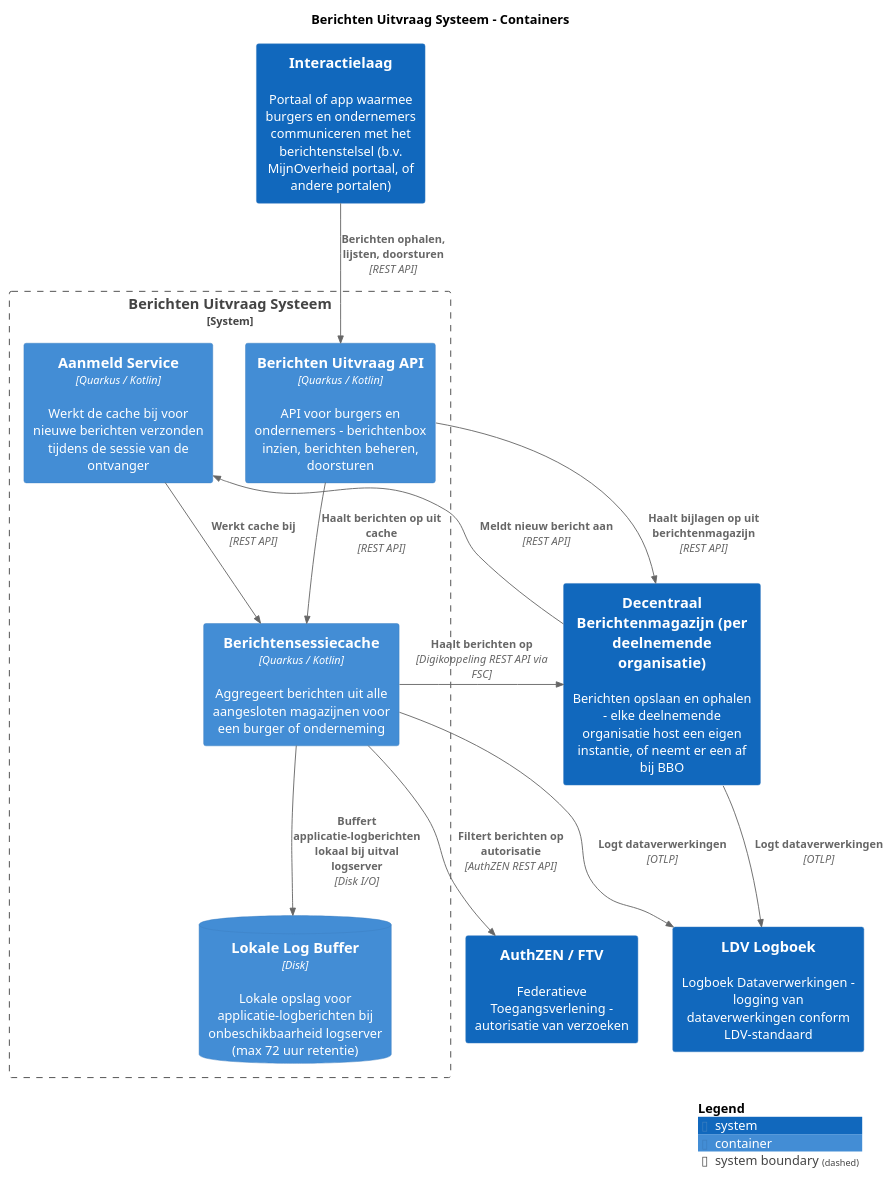
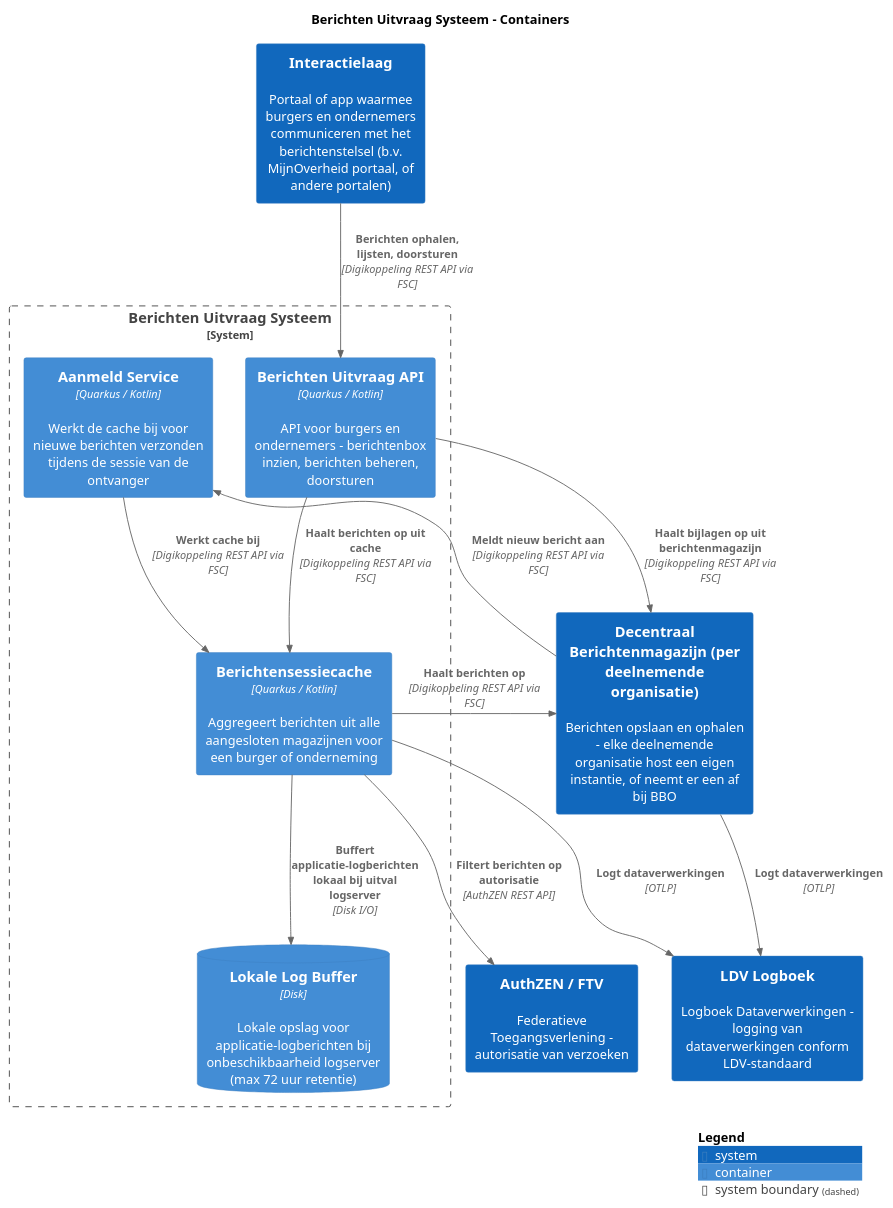
The diagram in pr-preview/pr-16/master/puml/BerichtenUitvraagSysteemContainers.puml (MinBZK/moza-poc-fbs-berichtenbox), drawn with PlantUML before and after one commit. The commit also changed 48 other files, not shown here.

```diff
--- a/pr-preview/pr-16/master/puml/BerichtenUitvraagSysteemContainers.puml
+++ b/pr-preview/pr-16/master/puml/BerichtenUitvraagSysteemContainers.puml
@@ -1,35 +1,35 @@
 @startuml
 set separator none
 title Berichten Uitvraag Systeem - Containers
 
 top to bottom direction
 
 !include <C4/C4>
 !include <C4/C4_Context>
 !include <C4/C4_Container>
 
 System(AuthZENFTV, "AuthZEN / FTV", $descr="Federatieve Toegangsverlening - autorisatie van verzoeken", $tags="", $link="")
 System(Interactielaag, "Interactielaag", $descr="Portaal of app waarmee burgers en ondernemers communiceren met het berichtenstelsel (b.v. MijnOverheid portaal, of andere portalen)", $tags="", $link="")
 System(DecentraalBerichtenmagazijnperdeelnemendeorganisatie, "Decentraal Berichtenmagazijn (per deelnemende organisatie)", $descr="Berichten opslaan en ophalen - elke deelnemende organisatie host een eigen instantie, of neemt er een af bij BBO", $tags="", $link="")
 System(LDVLogboek, "LDV Logboek", $descr="Logboek Dataverwerkingen - logging van dataverwerkingen conform LDV-standaard", $tags="", $link="")
 
 System_Boundary("BerichtenUitvraagSysteem_boundary", "Berichten Uitvraag Systeem", $tags="") {
   ContainerDb(BerichtenUitvraagSysteem.LokaleLogBuffer, "Lokale Log Buffer", $techn="Disk", $descr="Lokale opslag voor applicatie-logberichten bij onbeschikbaarheid logserver (max 72 uur retentie)", $tags="", $link="")
   Container(BerichtenUitvraagSysteem.Berichtensessiecache, "Berichtensessiecache", $techn="Quarkus / Kotlin", $descr="Aggregeert berichten uit alle aangesloten magazijnen voor een burger of onderneming", $tags="", $link="")
   Container(BerichtenUitvraagSysteem.BerichtenUitvraagAPI, "Berichten Uitvraag API", $techn="Quarkus / Kotlin", $descr="API voor burgers en ondernemers - berichtenbox inzien, berichten beheren, doorsturen", $tags="", $link="")
   Container(BerichtenUitvraagSysteem.AanmeldService, "Aanmeld Service", $techn="Quarkus / Kotlin", $descr="Werkt de cache bij voor nieuwe berichten verzonden tijdens de sessie van de ontvanger", $tags="", $link="")
 }
 
 Rel(BerichtenUitvraagSysteem.Berichtensessiecache, AuthZENFTV, "Filtert berichten op autorisatie", $techn="AuthZEN REST API", $tags="", $link="")
 Rel(BerichtenUitvraagSysteem.Berichtensessiecache, DecentraalBerichtenmagazijnperdeelnemendeorganisatie, "Haalt berichten op", $techn="Digikoppeling REST API via FSC", $tags="", $link="")
 Rel(DecentraalBerichtenmagazijnperdeelnemendeorganisatie, LDVLogboek, "Logt dataverwerkingen", $techn="OTLP", $tags="", $link="")
 Rel(BerichtenUitvraagSysteem.Berichtensessiecache, LDVLogboek, "Logt dataverwerkingen", $techn="OTLP", $tags="", $link="")
-Rel(BerichtenUitvraagSysteem.AanmeldService, BerichtenUitvraagSysteem.Berichtensessiecache, "Werkt cache bij", $techn="REST API", $tags="", $link="")
-Rel(BerichtenUitvraagSysteem.BerichtenUitvraagAPI, BerichtenUitvraagSysteem.Berichtensessiecache, "Haalt berichten op uit cache", $techn="REST API", $tags="", $link="")
+Rel(BerichtenUitvraagSysteem.AanmeldService, BerichtenUitvraagSysteem.Berichtensessiecache, "Werkt cache bij", $techn="Digikoppeling REST API via FSC", $tags="", $link="")
+Rel(BerichtenUitvraagSysteem.BerichtenUitvraagAPI, BerichtenUitvraagSysteem.Berichtensessiecache, "Haalt berichten op uit cache", $techn="Digikoppeling REST API via FSC", $tags="", $link="")
 Rel(BerichtenUitvraagSysteem.Berichtensessiecache, BerichtenUitvraagSysteem.LokaleLogBuffer, "Buffert applicatie-logberichten lokaal bij uitval logserver", $techn="Disk I/O", $tags="", $link="")
-Rel(Interactielaag, BerichtenUitvraagSysteem.BerichtenUitvraagAPI, "Berichten ophalen, lijsten, doorsturen", $techn="REST API", $tags="", $link="")
-Rel(BerichtenUitvraagSysteem.BerichtenUitvraagAPI, DecentraalBerichtenmagazijnperdeelnemendeorganisatie, "Haalt bijlagen op uit berichtenmagazijn", $techn="REST API", $tags="", $link="")
-Rel(DecentraalBerichtenmagazijnperdeelnemendeorganisatie, BerichtenUitvraagSysteem.AanmeldService, "Meldt nieuw bericht aan", $techn="REST API", $tags="", $link="")
+Rel(Interactielaag, BerichtenUitvraagSysteem.BerichtenUitvraagAPI, "Berichten ophalen, lijsten, doorsturen", $techn="Digikoppeling REST API via FSC", $tags="", $link="")
+Rel(BerichtenUitvraagSysteem.BerichtenUitvraagAPI, DecentraalBerichtenmagazijnperdeelnemendeorganisatie, "Haalt bijlagen op uit berichtenmagazijn", $techn="Digikoppeling REST API via FSC", $tags="", $link="")
+Rel(DecentraalBerichtenmagazijnperdeelnemendeorganisatie, BerichtenUitvraagSysteem.AanmeldService, "Meldt nieuw bericht aan", $techn="Digikoppeling REST API via FSC", $tags="", $link="")
 
 SHOW_LEGEND(true)
 @enduml
```
